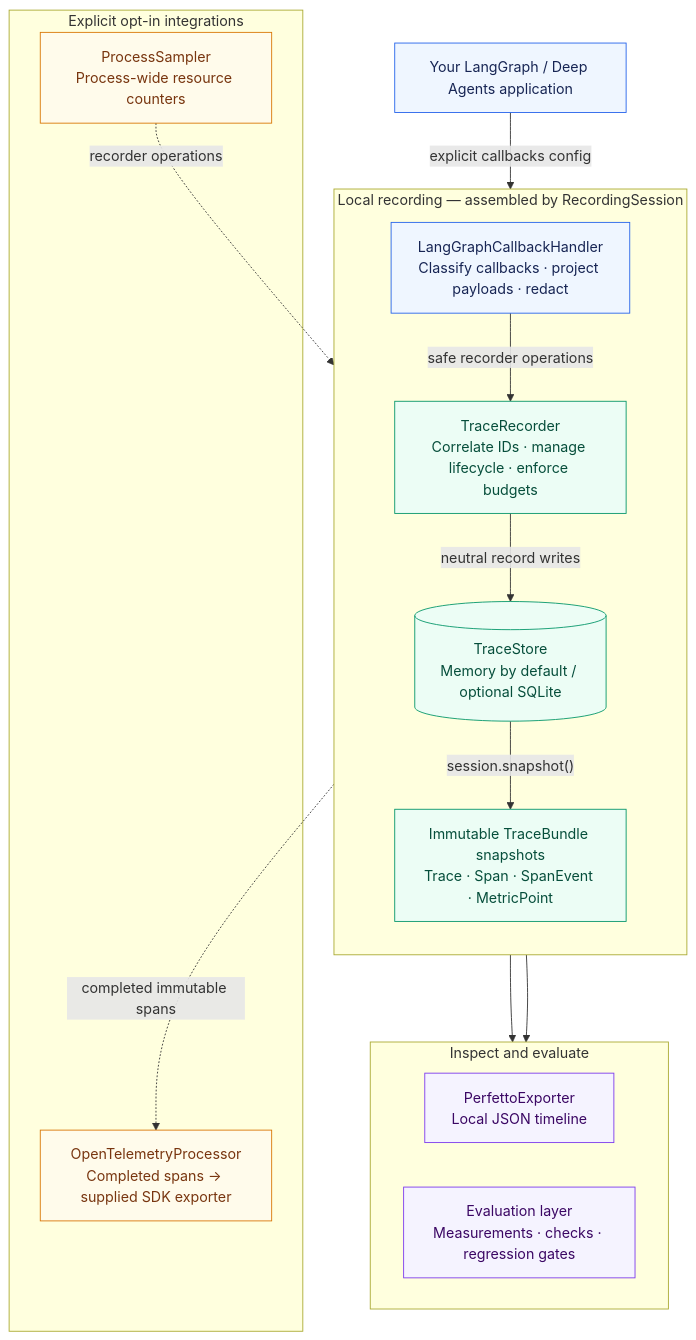
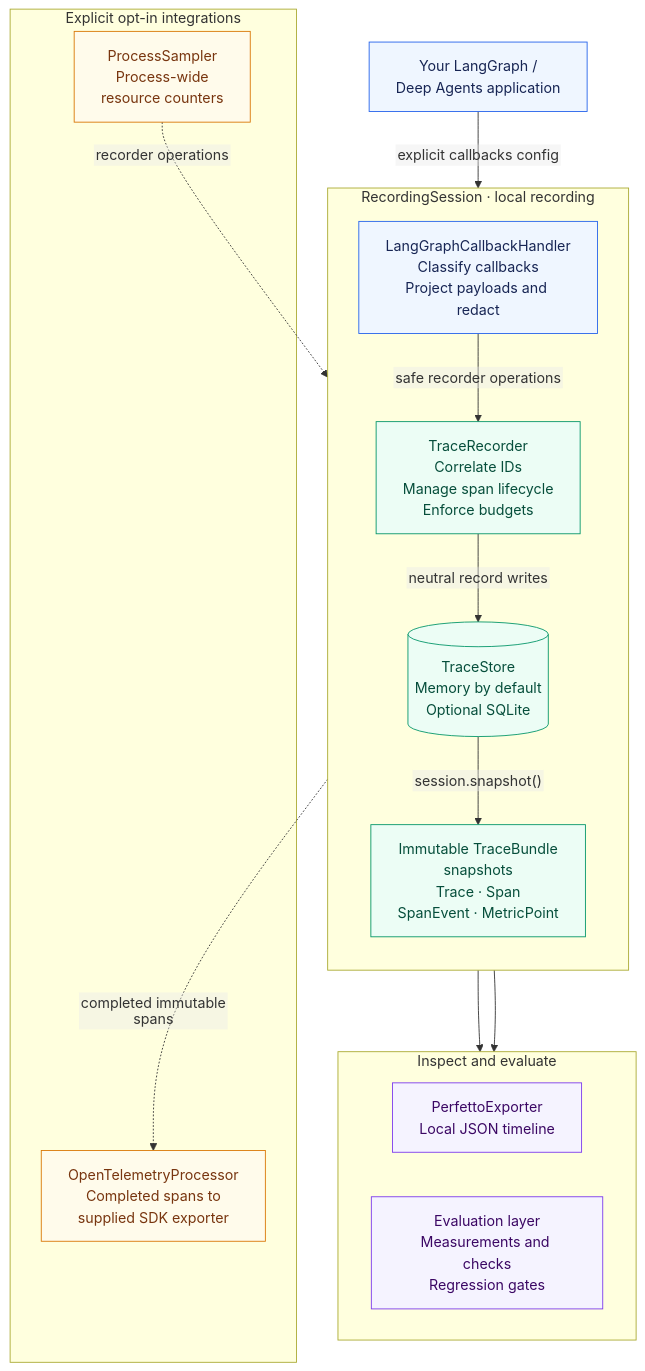
Before and after one commit to mylonasc/langchain-ollie: the diagram in docs/architecture.md, drawn with Mermaid.

Commit message:
Fix clipped architecture diagram labels with SVG text and explicit line breaks

````diff
--- a/docs/architecture.md
+++ b/docs/architecture.md
@@ -15,41 +15,42 @@
 ```mermaid
+%%{init: {"flowchart": {"htmlLabels": false}}}%%
 flowchart TB
-    app["Your LangGraph / Deep Agents application"]
+    app["Your LangGraph /<br/>Deep Agents application"]
 
-    subgraph local["Local recording — assembled by RecordingSession"]
+    subgraph local["RecordingSession · local recording"]
         direction TB
-        adapter["LangGraphCallbackHandler<br/>Classify callbacks · project payloads · redact"]
-        recorder["TraceRecorder<br/>Correlate IDs · manage lifecycle · enforce budgets"]
-        store[("TraceStore<br/>Memory by default / optional SQLite")]
-        snapshot["Immutable TraceBundle snapshots<br/>Trace · Span · SpanEvent · MetricPoint"]
+        adapter["LangGraphCallbackHandler<br/>Classify callbacks<br/>Project payloads and redact"]
+        recorder["TraceRecorder<br/>Correlate IDs<br/>Manage span lifecycle<br/>Enforce budgets"]
+        store[("TraceStore<br/>Memory by default<br/>Optional SQLite")]
+        snapshot["Immutable TraceBundle<br/>snapshots<br/>Trace · Span<br/>SpanEvent · MetricPoint"]
         adapter -->|"safe recorder operations"| recorder
         recorder -->|"neutral record writes"| store
         store -->|"session.snapshot()"| snapshot
     end
 
     subgraph outputs["Inspect and evaluate"]
         direction LR
         perfetto["PerfettoExporter<br/>Local JSON timeline"]
-        evals["Evaluation layer<br/>Measurements · checks · regression gates"]
+        evals["Evaluation layer<br/>Measurements and checks<br/>Regression gates"]
     end
 
     subgraph optional["Explicit opt-in integrations"]
-        sampler["ProcessSampler<br/>Process-wide resource counters"]
-        otel["OpenTelemetryProcessor<br/>Completed spans → supplied SDK exporter"]
+        sampler["ProcessSampler<br/>Process-wide<br/>resource counters"]
+        otel["OpenTelemetryProcessor<br/>Completed spans to<br/>supplied SDK exporter"]
     end
 
     app -->|"explicit callbacks config"| adapter
     snapshot --> perfetto
     snapshot --> evals
     sampler -.->|"recorder operations"| recorder
     recorder -.->|"completed immutable spans"| otel
 
     classDef runtime fill:#eff6ff,stroke:#2563eb,color:#172554
     classDef core fill:#ecfdf5,stroke:#059669,color:#064e3b
     classDef output fill:#f5f3ff,stroke:#7c3aed,color:#3b0764
     classDef opt fill:#fffbeb,stroke:#d97706,color:#78350f
     class app,adapter runtime
     class recorder,store,snapshot core
     class perfetto,evals output
     class sampler,otel opt
 ```
````
